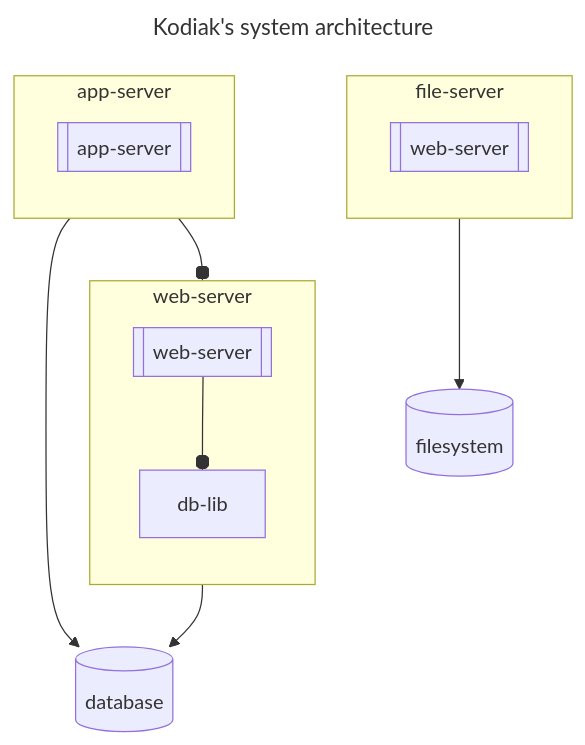
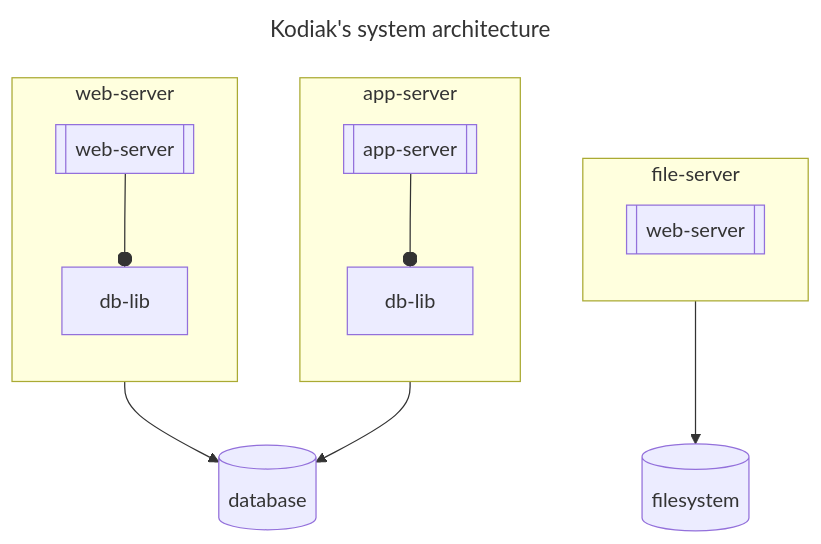
One commit to polarlabs/kodiak-diagrams changed the first of 2 diagrams in SYSTEM-ARCHITECTURE.md. Above: the diagram before and after it, drawn with Mermaid.

Commit message:
fix: rearrange boxes.

````diff
--- a/SYSTEM-ARCHITECTURE.md
+++ b/SYSTEM-ARCHITECTURE.md
@@ -5,22 +5,22 @@
 ```mermaid
 ---
 title: Kodiak's system architecture
 ---
 flowchart TB
   direction TB
   subgraph file-server
     direction TB
     file-server.pro[[web-server]]
   end
   subgraph web-server
     direction TB
-    web-server.pro[[web-server]] --o db-lib
+    web-server.pro[[web-server]] --o web-server.db-lib[db-lib]
   end
   subgraph app-server
     direction TB
-    app-server.pro[[app-server]] --o db-lib
+    app-server.pro[[app-server]] --o app-server.db-lib[db-lib]
   end
   file-server --> filesystem[(filesystem)]
   web-server --> database[(database)]
   app-server --> database[(database)]
 ```
````
